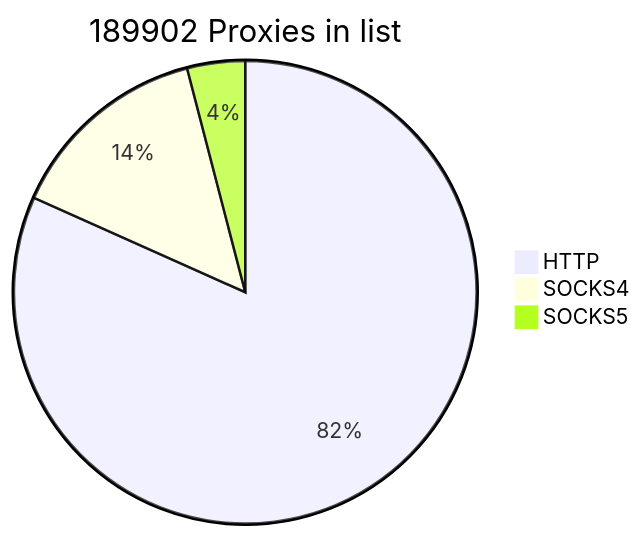
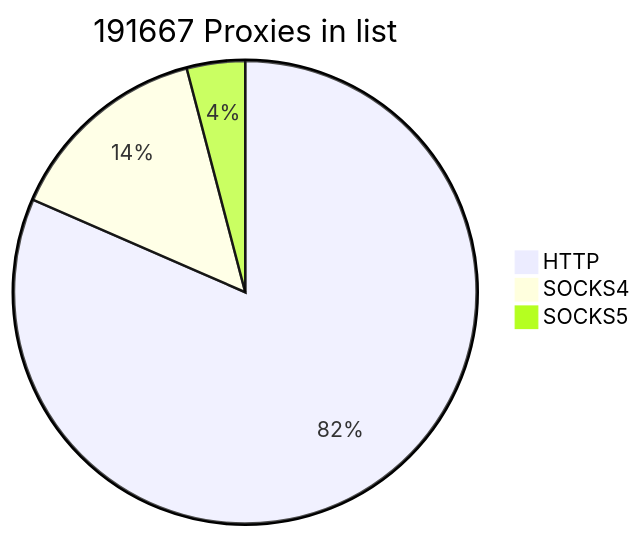
One commit to cutipu/proxylist changed the first of 2 diagrams in README.md. Above: the diagram before and after it, drawn with Mermaid. The commit also changed other lines of this file, not shown here.

````diff
--- a/README.md
+++ b/README.md
@@ -2,7 +2,7 @@
 ```mermaid
-pie title 189902 Proxies in list
-    "HTTP" : 155119
-    "SOCKS4" : 27099
-    "SOCKS5" : 7684
+pie title 191667 Proxies in list
+    "HTTP" : 156296
+    "SOCKS4" : 27567
+    "SOCKS5" : 7804
             
 ```
````
